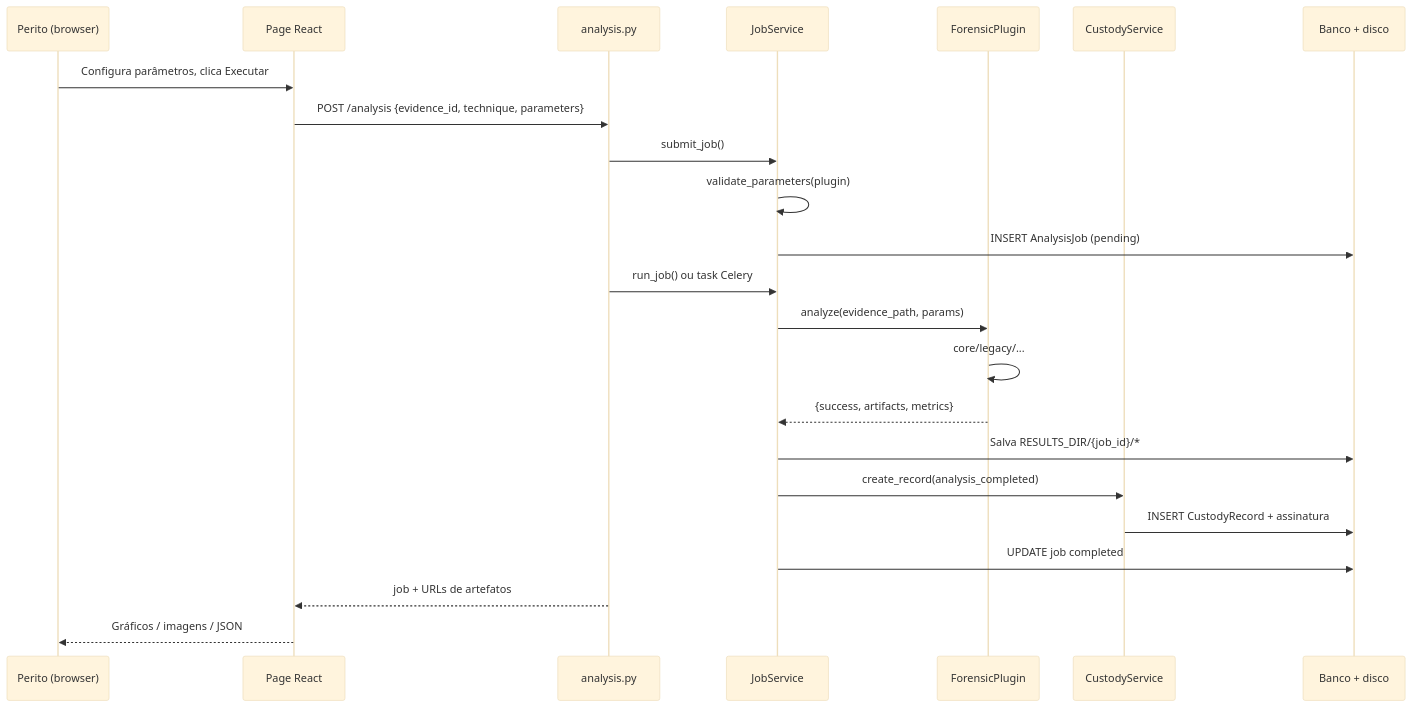
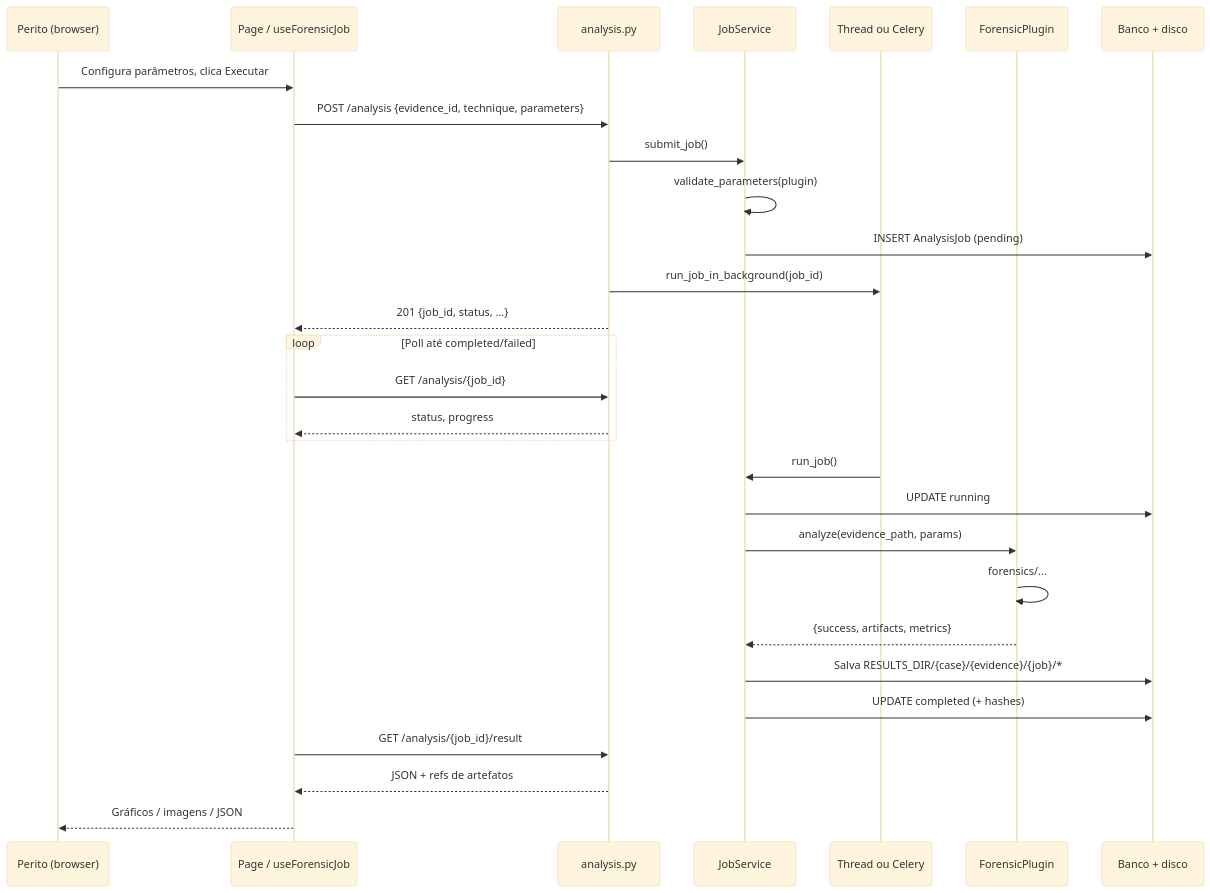
Before and after one commit to peritopaulomax/ForensicAuth: the first of 3 diagrams in docs/developer/02-guia-contribuidor.md, drawn with Mermaid (base theme). The commit also changed other lines of this file and 2728 other files, not shown here.

````diff
--- a/docs/developer/02-guia-contribuidor.md
+++ b/docs/developer/02-guia-contribuidor.md
@@ -56,26 +102,32 @@
 ```mermaid
 sequenceDiagram
   participant U as Perito (browser)
-  participant P as Page React
+  participant P as Page / useForensicJob
   participant API as analysis.py
   participant JS as JobService
+  participant BG as Thread ou Celery
   participant PL as ForensicPlugin
-  participant CU as CustodyService
   participant DB as Banco + disco
 
   U->>P: Configura parâmetros, clica Executar
   P->>API: POST /analysis {evidence_id, technique, parameters}
   API->>JS: submit_job()
   JS->>JS: validate_parameters(plugin)
   JS->>DB: INSERT AnalysisJob (pending)
-  API->>JS: run_job() ou task Celery
+  API->>BG: run_job_in_background(job_id)
+  API-->>P: 201 {job_id, status, …}
+  loop Poll até completed/failed
+    P->>API: GET /analysis/{job_id}
+    API-->>P: status, progress
+  end
+  BG->>JS: run_job()
+  JS->>DB: UPDATE running
   JS->>PL: analyze(evidence_path, params)
-  PL->>PL: core/legacy/...
+  PL->>PL: forensics/...
   PL-->>JS: {success, artifacts, metrics}
-  JS->>DB: Salva RESULTS_DIR/{job_id}/*
-  JS->>CU: create_record(analysis_completed)
-  CU->>DB: INSERT CustodyRecord + assinatura
-  JS->>DB: UPDATE job completed
-  API-->>P: job + URLs de artefatos
+  JS->>DB: Salva RESULTS_DIR/{case}/{evidence}/{job}/*
+  JS->>DB: UPDATE completed (+ hashes)
+  P->>API: GET /analysis/{job_id}/result
+  API-->>P: JSON + refs de artefatos
   P-->>U: Gráficos / imagens / JSON
 ```
````
